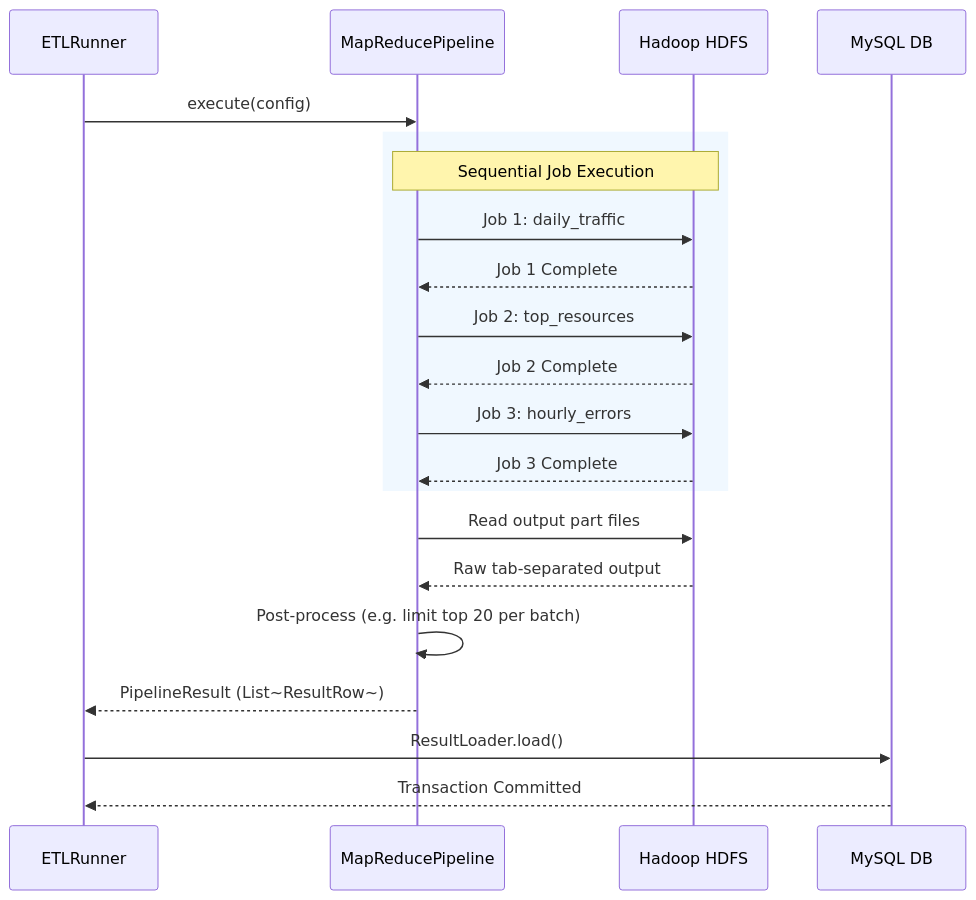
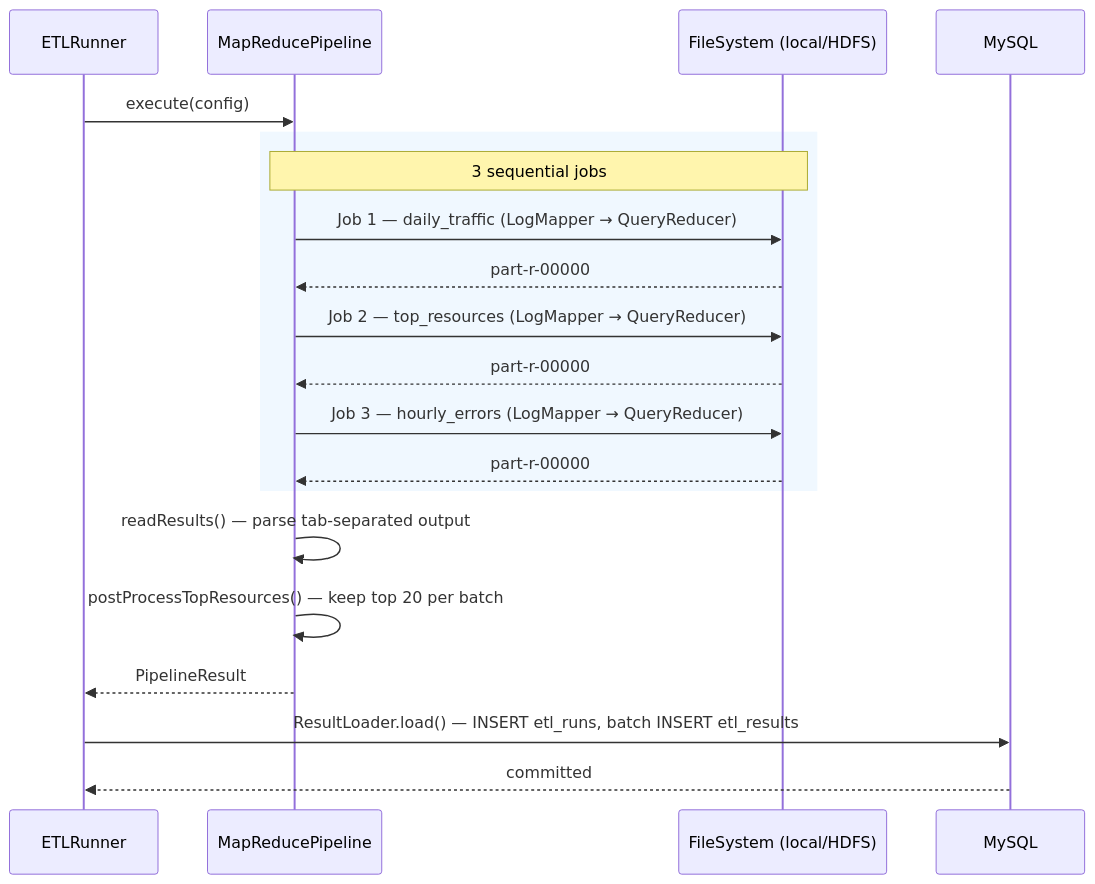
The third of 3 diagrams in Project/etl-framework/README.md (Rohitangshu2026/NoSQL), drawn with Mermaid before and after one commit. The commit also changed other lines of this file, not shown here.

````diff
--- a/Project/etl-framework/README.md
+++ b/Project/etl-framework/README.md
@@ -87,27 +114,26 @@
 ```mermaid
 sequenceDiagram
     participant Runner as ETLRunner
     participant MR as MapReducePipeline
-    participant HDFS as Hadoop HDFS
-    participant DB as MySQL DB
+    participant FS as FileSystem (local/HDFS)
+    participant DB as MySQL
 
     Runner->>MR: execute(config)
-    
+
     rect rgb(240, 248, 255)
-    Note over MR,HDFS: Sequential Job Execution
-    MR->>HDFS: Job 1: daily_traffic
-    HDFS-->>MR: Job 1 Complete
-    MR->>HDFS: Job 2: top_resources
-    HDFS-->>MR: Job 2 Complete
-    MR->>HDFS: Job 3: hourly_errors
-    HDFS-->>MR: Job 3 Complete
+    Note over MR,FS: 3 sequential jobs
+    MR->>FS: Job 1 — daily_traffic (LogMapper → QueryReducer)
+    FS-->>MR: part-r-00000
+    MR->>FS: Job 2 — top_resources (LogMapper → QueryReducer)
+    FS-->>MR: part-r-00000
+    MR->>FS: Job 3 — hourly_errors (LogMapper → QueryReducer)
+    FS-->>MR: part-r-00000
     end
-    
-    MR->>HDFS: Read output part files
-    HDFS-->>MR: Raw tab-separated output
-    MR->>MR: Post-process (e.g. limit top 20 per batch)
-    MR-->>Runner: PipelineResult (List~ResultRow~)
-    
-    Runner->>DB: ResultLoader.load()
-    DB-->>Runner: Transaction Committed
+
+    MR->>MR: readResults() — parse tab-separated output
+    MR->>MR: postProcessTopResources() — keep top 20 per batch
+    MR-->>Runner: PipelineResult
+
+    Runner->>DB: ResultLoader.load() — INSERT etl_runs, batch INSERT etl_results
+    DB-->>Runner: committed
 ```
````
